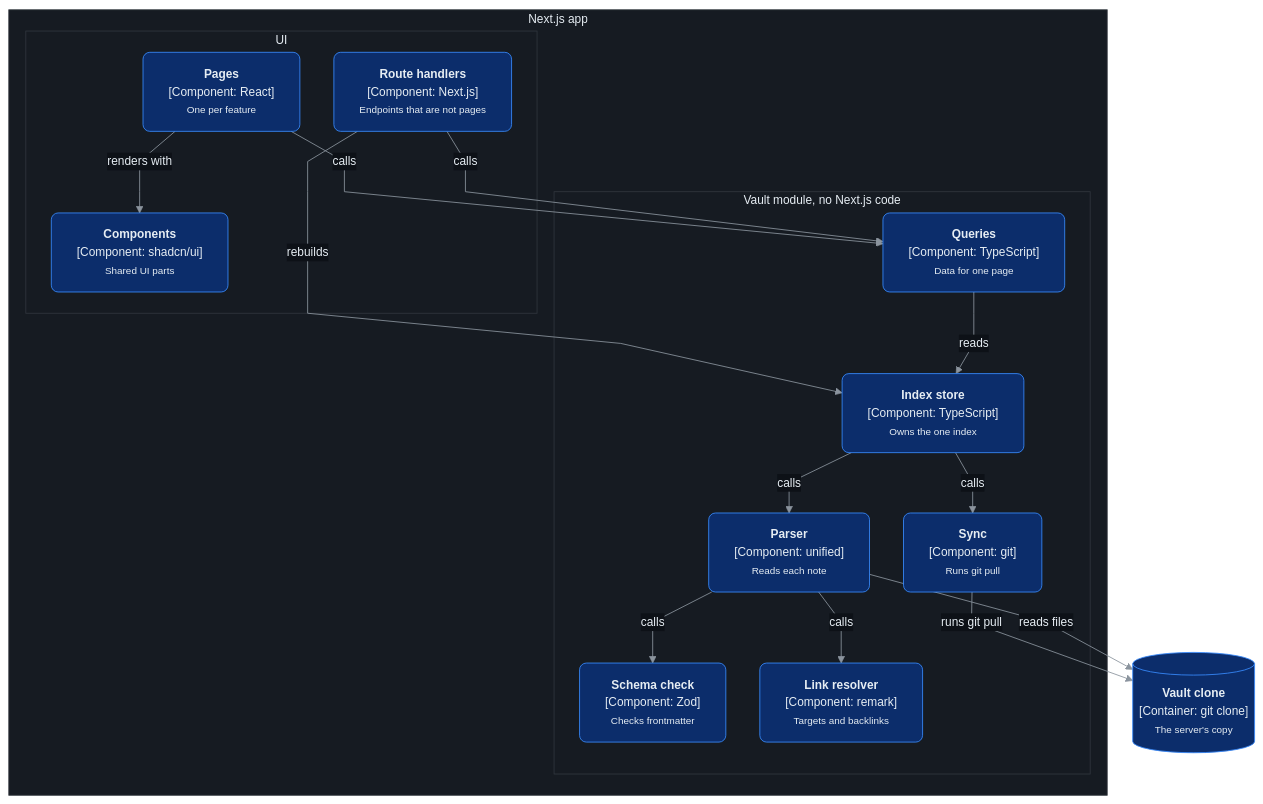
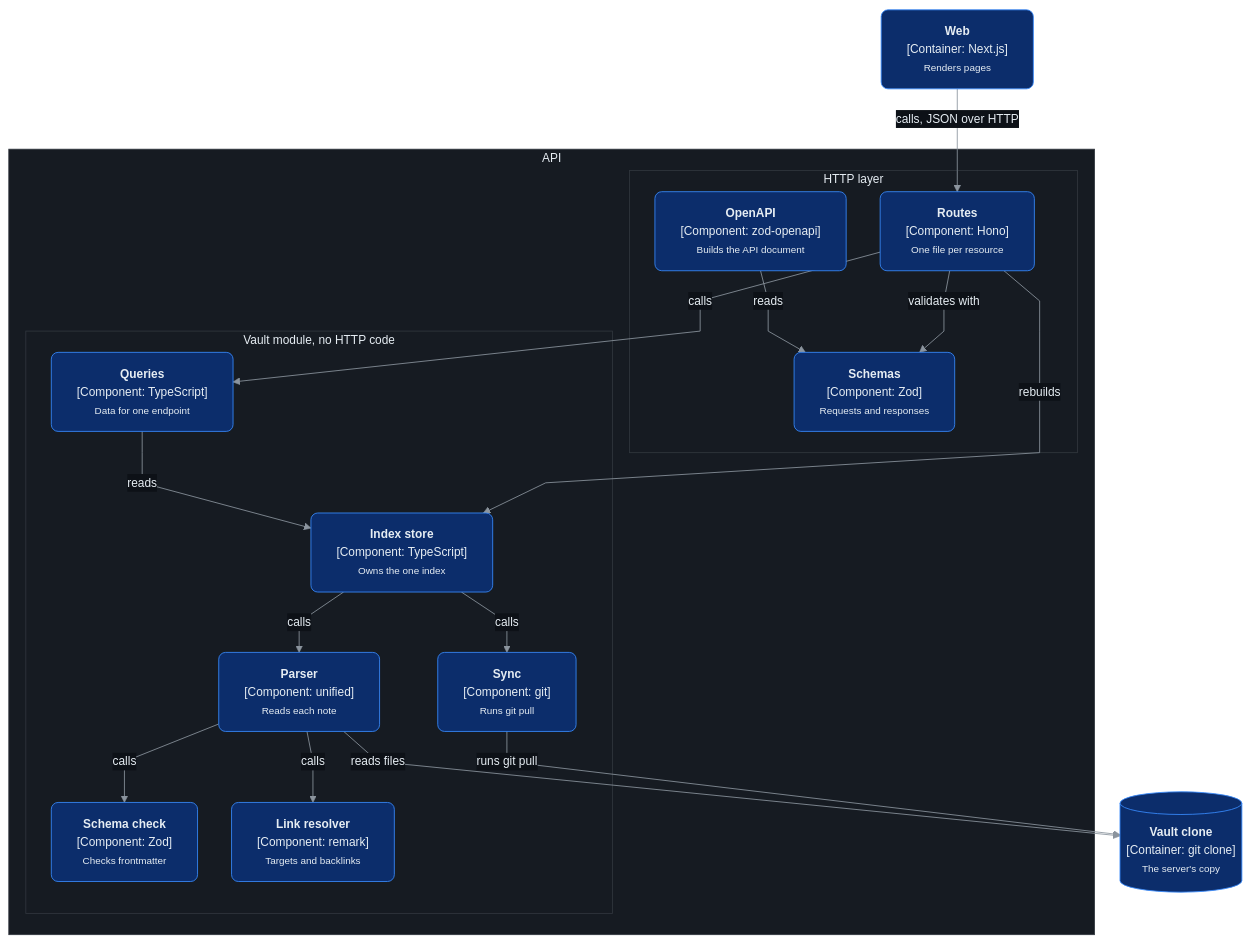
The first of 4 diagrams in docs/architecture/components.md (lyeyixian/job-search-app), drawn with Mermaid before and after one commit. The commit also changed other lines of this file and 10 other files, not shown here.

First line of the commit message:
Redraw the architecture for two services

````diff
--- a/docs/architecture/components.md
+++ b/docs/architecture/components.md
@@ -9,40 +9,43 @@
 ```mermaid
 %%{init: {"theme":"base","themeVariables":{"fontFamily":"system-ui, sans-serif","fontSize":"14px","lineColor":"#8b949e","clusterBkg":"#161b22","clusterBorder":"#30363d","edgeLabelBackground":"#0d1117","primaryTextColor":"#e6edf3","titleColor":"#e6edf3"},"flowchart":{"curve":"linear","nodeSpacing":40,"rankSpacing":50}}}%%
 flowchart TB
-    subgraph next["Next.js app"]
-        subgraph ui["UI"]
-            pages["<b>Pages</b><br/>[Component: React]<br/><small>One per feature</small>"]:::component
-            comps["<b>Components</b><br/>[Component: shadcn/ui]<br/><small>Shared UI parts</small>"]:::component
-            routes["<b>Route handlers</b><br/>[Component: Next.js]<br/><small>Endpoints that are not pages</small>"]:::component
+    web["<b>Web</b><br/>[Container: Next.js]<br/><small>Renders pages</small>"]:::container
+
+    subgraph api["API"]
+        subgraph http["HTTP layer"]
+            routes["<b>Routes</b><br/>[Component: Hono]<br/><small>One file per resource</small>"]:::component
+            schemas["<b>Schemas</b><br/>[Component: Zod]<br/><small>Requests and responses</small>"]:::component
+            openapi["<b>OpenAPI</b><br/>[Component: zod-openapi]<br/><small>Builds the API document</small>"]:::component
         end
-        subgraph vaultmod["Vault module, no Next.js code"]
-            queries["<b>Queries</b><br/>[Component: TypeScript]<br/><small>Data for one page</small>"]:::component
+        subgraph vaultmod["Vault module, no HTTP code"]
+            queries["<b>Queries</b><br/>[Component: TypeScript]<br/><small>Data for one endpoint</small>"]:::component
             store["<b>Index store</b><br/>[Component: TypeScript]<br/><small>Owns the one index</small>"]:::component
             sync["<b>Sync</b><br/>[Component: git]<br/><small>Runs git pull</small>"]:::component
             parser["<b>Parser</b><br/>[Component: unified]<br/><small>Reads each note</small>"]:::component
             schema["<b>Schema check</b><br/>[Component: Zod]<br/><small>Checks frontmatter</small>"]:::component
             links["<b>Link resolver</b><br/>[Component: remark]<br/><small>Targets and backlinks</small>"]:::component
         end
     end
 
     clone[("<b>Vault clone</b><br/>[Container: git clone]<br/><small>The server's copy</small>")]:::store
 
-    pages -- "renders with" --> comps
-    pages -- "calls" --> queries
+    web -- "calls, JSON over HTTP" --> routes
+    routes -- "validates with" --> schemas
+    openapi -- "reads" --> schemas
     routes -- "calls" --> queries
     routes -- "rebuilds" --> store
     queries -- "reads" --> store
     store -- "calls" --> sync
     store -- "calls" --> parser
     parser -- "calls" --> schema
     parser -- "calls" --> links
     sync -- "runs git pull" --> clone
     parser -- "reads files" --> clone
 
     classDef person fill:#1f6feb,stroke:#58a6ff,color:#ffffff,rx:8,ry:8
     classDef system fill:#1f6feb,stroke:#58a6ff,color:#ffffff,rx:8,ry:8
     classDef container fill:#0c2d6b,stroke:#388bfd,color:#e6edf3,rx:8,ry:8
     classDef component fill:#0c2d6b,stroke:#388bfd,color:#e6edf3,rx:8,ry:8
     classDef store fill:#0c2d6b,stroke:#388bfd,color:#e6edf3
     classDef external fill:#21262d,stroke:#8b949e,color:#c9d1d9,stroke-dasharray:4 3,rx:8,ry:8
 ```
````
